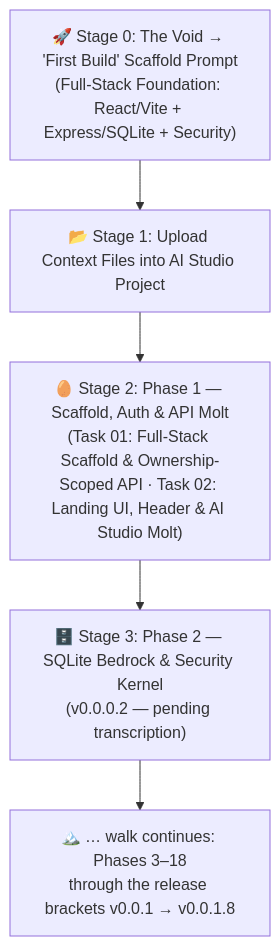
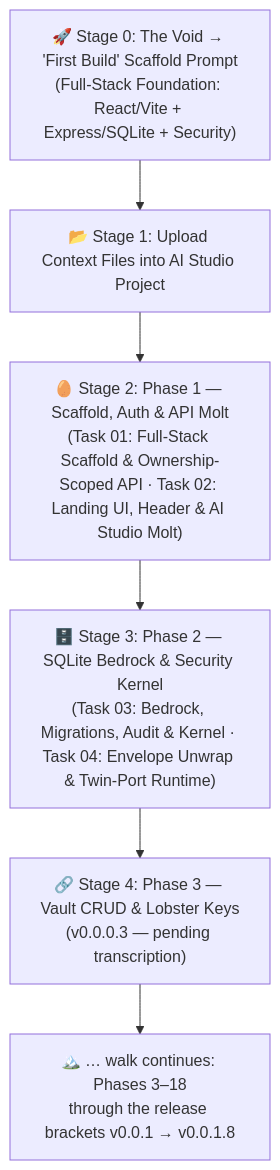
One commit to ClawStackStudios/ShellGuard changed the diagram in project/meta-prompt-ai-studio.md. Above: the diagram before and after it, drawn with Mermaid. The commit also changed other lines of this file and 4 other files, not shown here.

First line of the commit message:
docs: transcribe Phase 2 — SQLite Bedrock, Security Kernel & Identity Bridge

````diff
--- a/project/meta-prompt-ai-studio.md
+++ b/project/meta-prompt-ai-studio.md
@@ -16,13 +16,15 @@
 ```mermaid
 flowchart TD
     Step0["🚀 Stage 0: The Void → 'First Build' Scaffold Prompt<br/>(Full-Stack Foundation: React/Vite + Express/SQLite + Security)"]
     UploadContext["📂 Stage 1: Upload Context Files into AI Studio Project"]
     Phase1["🥚 Stage 2: Phase 1 — Scaffold, Auth & API Molt<br/>(Task 01: Full-Stack Scaffold & Ownership-Scoped API · Task 02: Landing UI, Header & AI Studio Molt)"]
-    Phase2["🗄️ Stage 3: Phase 2 — SQLite Bedrock & Security Kernel<br/>(v0.0.0.2 — pending transcription)"]
+    Phase2["🗄️ Stage 3: Phase 2 — SQLite Bedrock & Security Kernel<br/>(Task 03: Bedrock, Migrations, Audit & Kernel · Task 04: Envelope Unwrap & Twin-Port Runtime)"]
+    Phase3["🔗 Stage 4: Phase 3 — Vault CRUD & Lobster Keys<br/>(v0.0.0.3 — pending transcription)"]
     Summit["🏔️ … walk continues: Phases 3–18<br/>through the release brackets v0.0.1 → v0.0.1.8"]
 
     Step0 --> UploadContext
     UploadContext --> Phase1
     Phase1 --> Phase2
-    Phase2 --> Summit
+    Phase2 --> Phase3
+    Phase3 --> Summit
 ```
````
